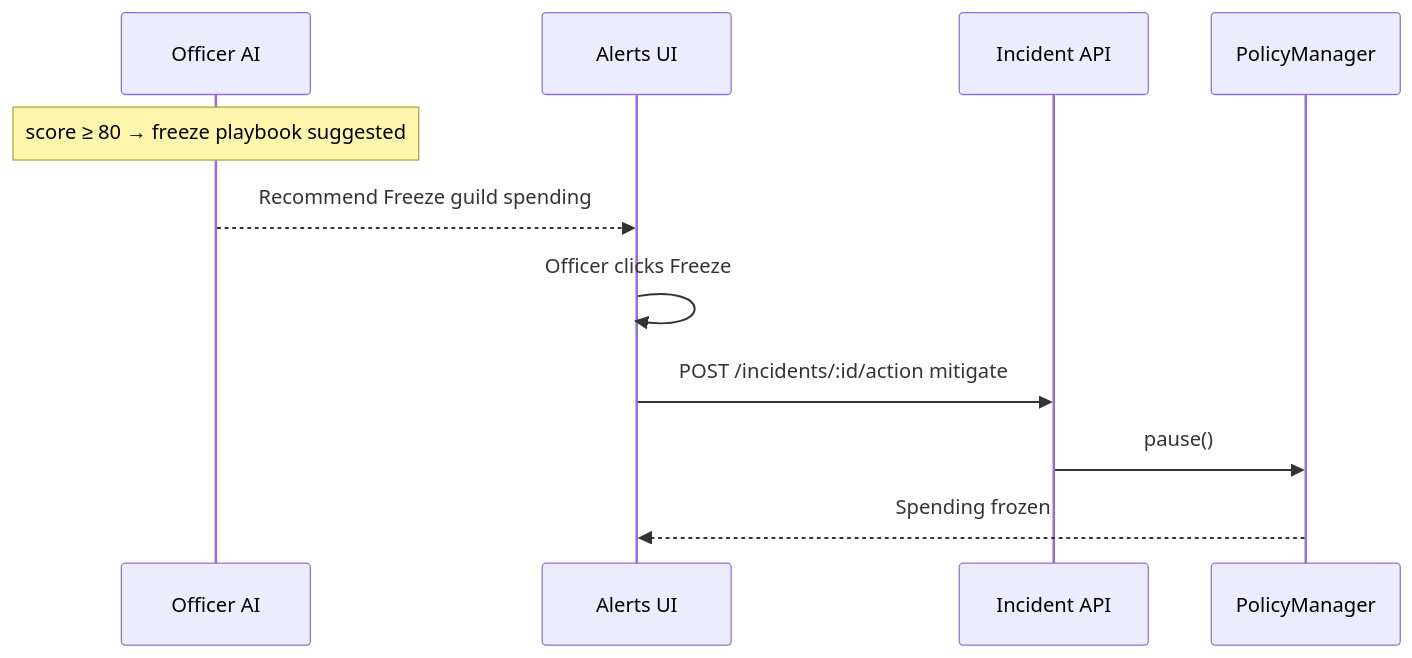
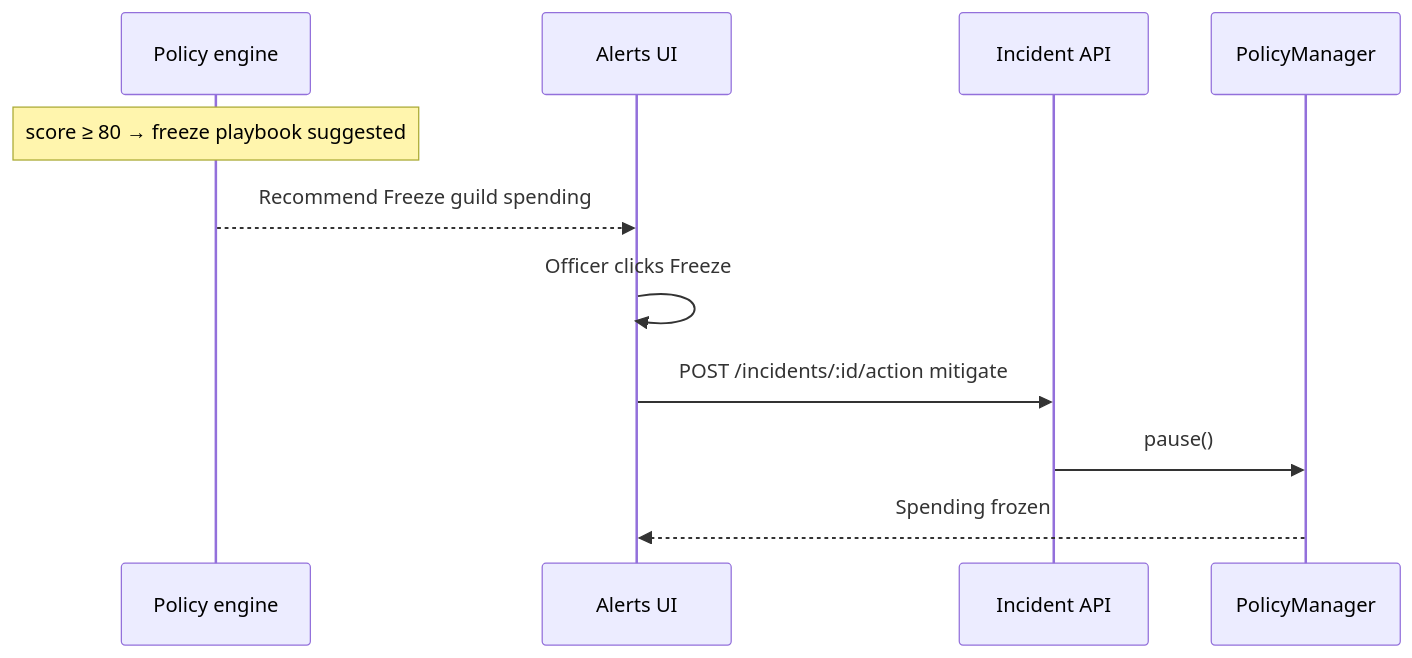
One commit to thesithunyein/arb-guardian changed the second of 3 diagrams in docs/agent-permissions-matrix.md. Above: the diagram before and after it, drawn with Mermaid. The commit also changed other lines of this file and 38 other files, not shown here.

````diff
--- a/docs/agent-permissions-matrix.md
+++ b/docs/agent-permissions-matrix.md
@@ -56,14 +78,14 @@
 ```mermaid
 sequenceDiagram
-  participant AI as Officer AI
+  participant PE as Policy engine
   participant UI as Alerts UI
   participant API as Incident API
   participant PM as PolicyManager
 
-  Note over AI: score ≥ 80 → freeze playbook suggested
-  AI-->>UI: Recommend Freeze guild spending
+  Note over PE: score ≥ 80 → freeze playbook suggested
+  PE-->>UI: Recommend Freeze guild spending
   UI->>UI: Officer clicks Freeze
   UI->>API: POST /incidents/:id/action mitigate
   API->>PM: pause()
   PM-->>UI: Spending frozen
 ```
````
